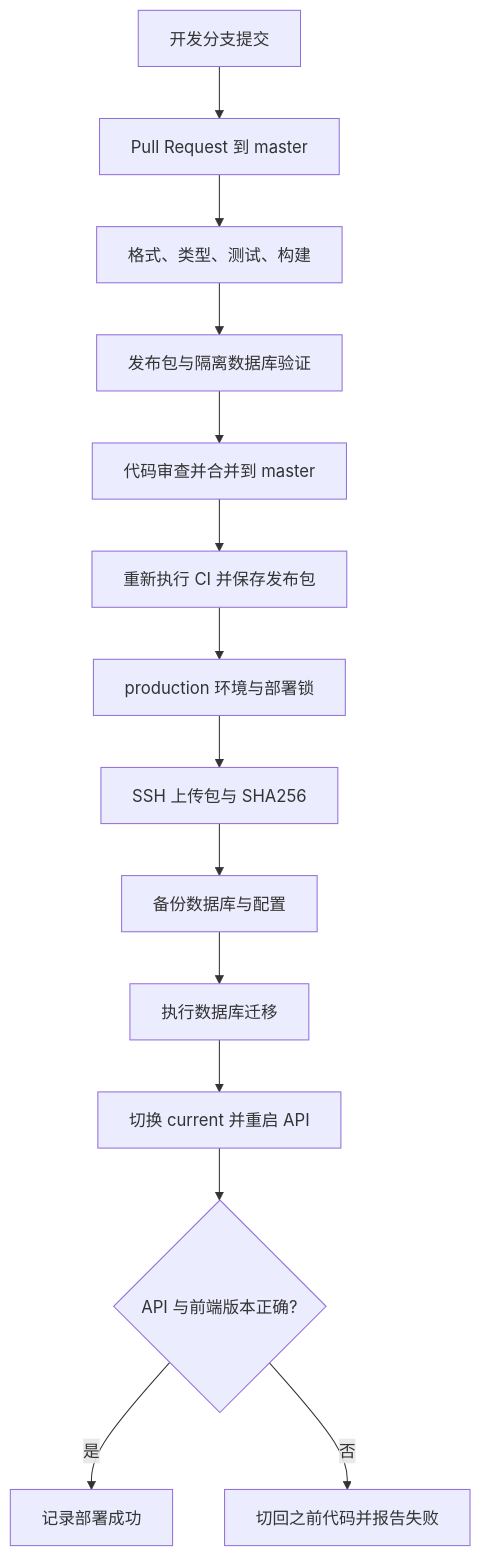
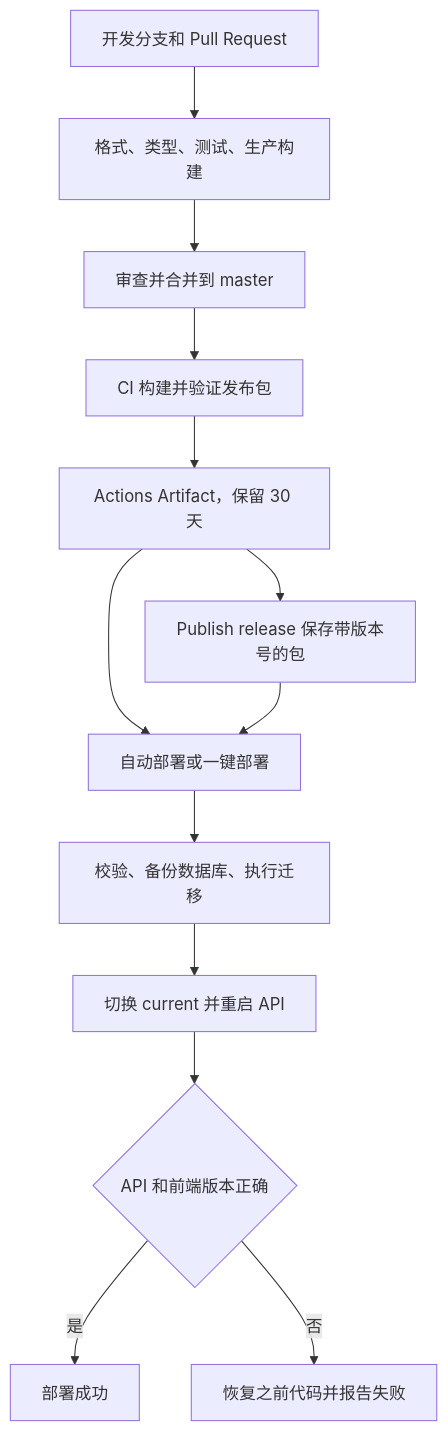
Before and after one commit to slang-l/AutoMatic: the diagram in docs/ci-cd.md, drawn with Mermaid. The commit also changed other lines of this file and 63 other files, not shown here.

````diff
--- a/docs/ci-cd.md
+++ b/docs/ci-cd.md
@@ -15,16 +60,15 @@
 ```mermaid
 flowchart TD
-  A[开发分支提交] --> B[Pull Request 到 master]
-  B --> C[格式、类型、测试、构建]
-  C --> D[发布包与隔离数据库验证]
-  D --> E[代码审查并合并到 master]
-  E --> F[重新执行 CI 并保存发布包]
-  F --> G[production 环境与部署锁]
-  G --> H[SSH 上传包与 SHA256]
-  H --> I[备份数据库与配置]
-  I --> J[执行数据库迁移]
-  J --> K[切换 current 并重启 API]
-  K --> L{API 与前端版本正确?}
-  L -->|是| M[记录部署成功]
-  L -->|否| N[切回之前代码并报告失败]
+  A[开发分支和 Pull Request] --> B[格式、类型、测试、生产构建]
+  B --> C[审查并合并到 master]
+  C --> D[CI 构建并验证发布包]
+  D --> E[Actions Artifact，保留 30 天]
+  E --> F[自动部署或一键部署]
+  E --> G[Publish release 保存带版本号的包]
+  G --> F
+  F --> H[校验、备份数据库、执行迁移]
+  H --> I[切换 current 并重启 API]
+  I --> J{API 和前端版本正确}
+  J -->|是| K[部署成功]
+  J -->|否| L[恢复之前代码并报告失败]
 ```
````
